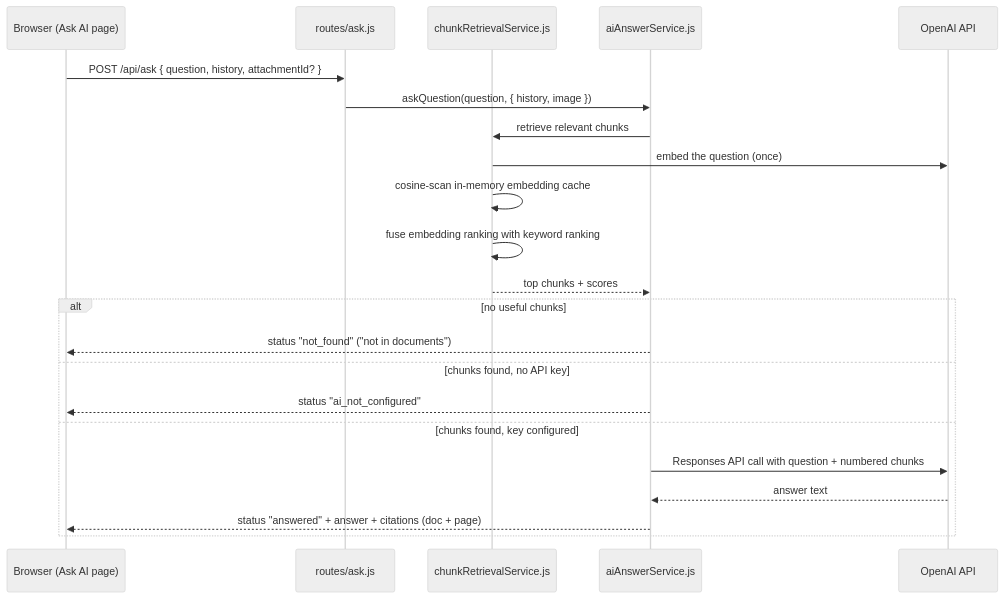
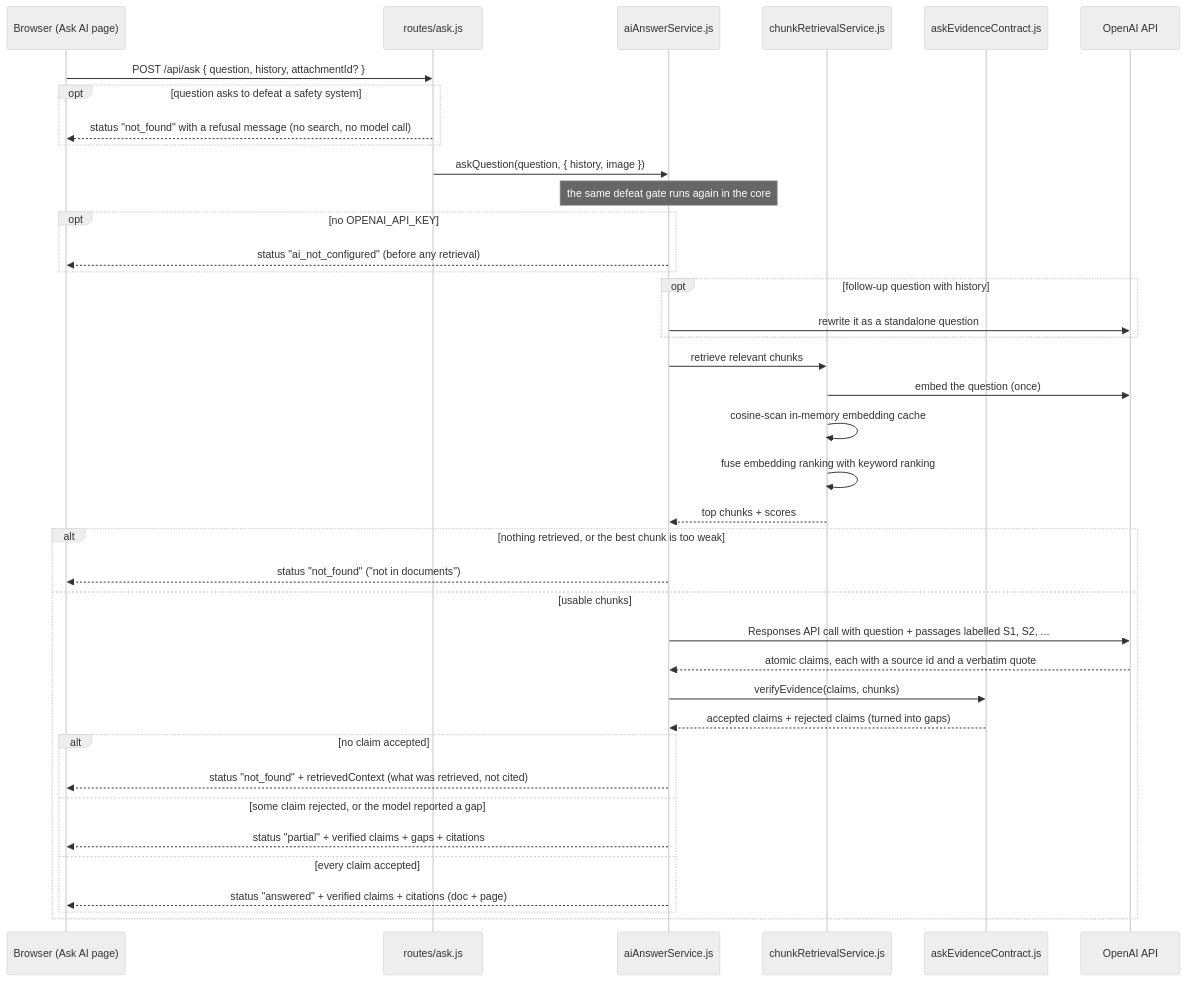
The third of 4 diagrams in docs/architecture.md (Dale1996-code/corolla-fix-helper), drawn with Mermaid (neutral theme) before and after one commit. The commit also changed other lines of this file and 8 other files, not shown here.

First line of the commit message:
docs: truth pass part 2 - trust model, not_found, diagrams, rate limiter (audit Stage 7) (#161)

````diff
--- a/docs/architecture.md
+++ b/docs/architecture.md
@@ -138,25 +138,42 @@
 ```mermaid
 sequenceDiagram
     participant B as Browser (Ask AI page)
     participant R as routes/ask.js
+    participant AI as aiAnswerService.js
     participant Ret as chunkRetrievalService.js
-    participant AI as aiAnswerService.js
+    participant V as askEvidenceContract.js
     participant O as OpenAI API
 
     B->>R: POST /api/ask { question, history, attachmentId? }
+    opt question asks to defeat a safety system
+        R-->>B: status "not_found" with a refusal message (no search, no model call)
+    end
     R->>AI: askQuestion(question, { history, image })
+    Note over AI: the same defeat gate runs again in the core
+    opt no OPENAI_API_KEY
+        AI-->>B: status "ai_not_configured" (before any retrieval)
+    end
+    opt follow-up question with history
+        AI->>O: rewrite it as a standalone question
+    end
     AI->>Ret: retrieve relevant chunks
     Ret->>O: embed the question (once)
     Ret->>Ret: cosine-scan in-memory embedding cache
     Ret->>Ret: fuse embedding ranking with keyword ranking
     Ret-->>AI: top chunks + scores
-    alt no useful chunks
+    alt nothing retrieved, or the best chunk is too weak
         AI-->>B: status "not_found" ("not in documents")
-    else chunks found, no API key
-        AI-->>B: status "ai_not_configured"
-    else chunks found, key configured
-        AI->>O: Responses API call with question + numbered chunks
-        O-->>AI: answer text
-        AI-->>B: status "answered" + answer + citations (doc + page)
+    else usable chunks
+        AI->>O: Responses API call with question + passages labelled S1, S2, ...
+        O-->>AI: atomic claims, each with a source id and a verbatim quote
+        AI->>V: verifyEvidence(claims, chunks)
+        V-->>AI: accepted claims + rejected claims (turned into gaps)
+        alt no claim accepted
+            AI-->>B: status "not_found" + retrievedContext (what was retrieved, not cited)
+        else some claim rejected, or the model reported a gap
+            AI-->>B: status "partial" + verified claims + gaps + citations
+        else every claim accepted
+            AI-->>B: status "answered" + verified claims + citations (doc + page)
+        end
     end
 ```
````
